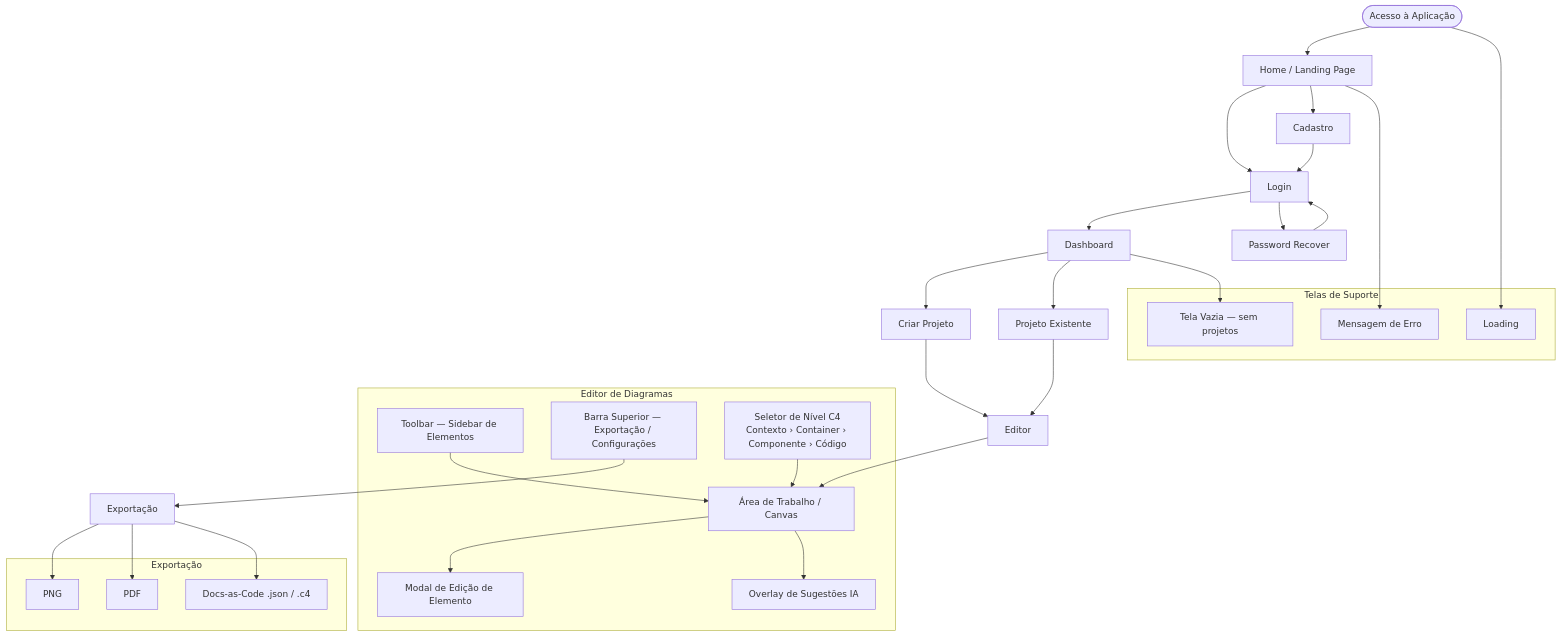
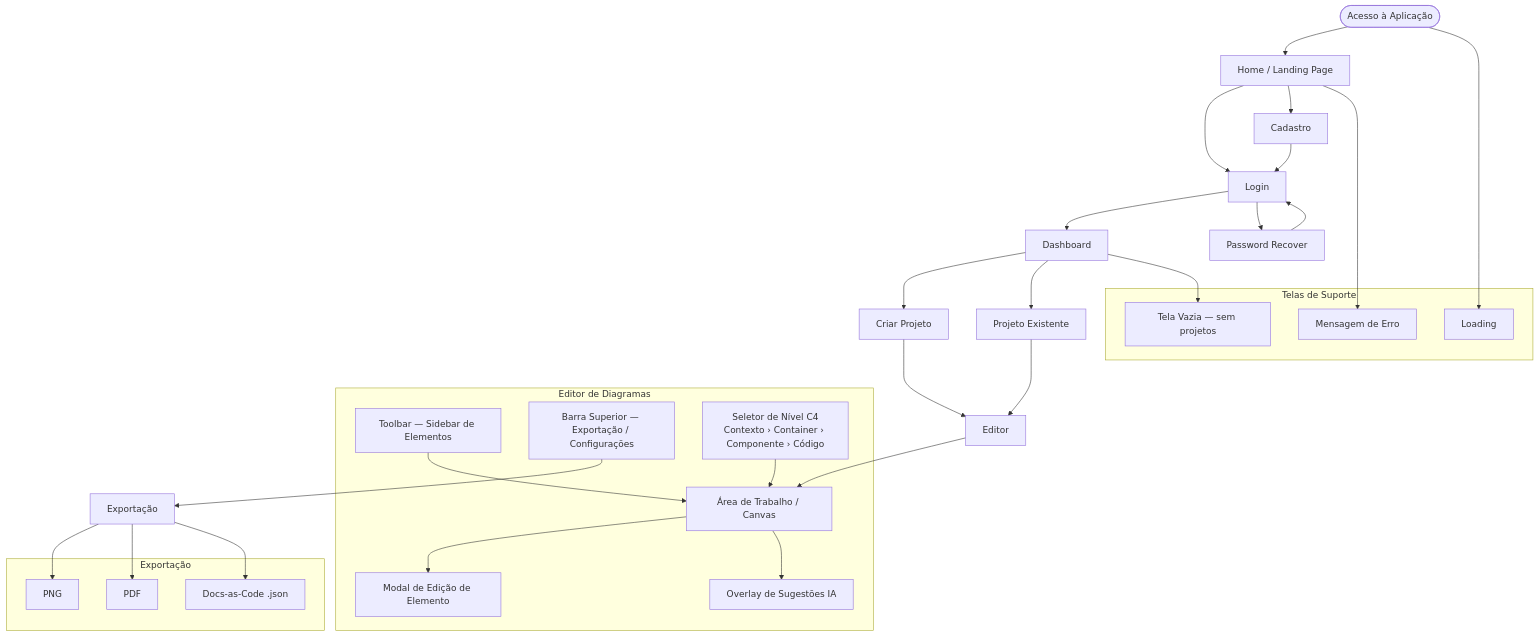
One commit to JGTamanini/C4Diagrams changed the diagram in RFC/capitulo-4/4.1-fluxo-de-navegacao.md. Above: the diagram before and after it, drawn with Mermaid. The commit also changed 5 other files, not shown here.

````diff
--- a/RFC/capitulo-4/4.1-fluxo-de-navegacao.md
+++ b/RFC/capitulo-4/4.1-fluxo-de-navegacao.md
@@ -13,55 +13,55 @@
 ```mermaid
 flowchart TD
     A([Acesso à Aplicação]) --> B[Home / Landing Page]
  
     B --> C[Login]
     B --> D[Cadastro]
     C --> E[Dashboard]
     D --> C
     C --> F[Password Recover]
     F --> C
  
     E --> G[Criar Projeto]
     E --> H[Projeto Existente]
  
     G --> I[Editor]
     H --> I
  
     subgraph Editor["Editor de Diagramas"]
         I1[Área de Trabalho / Canvas]
         I2[Toolbar — Sidebar de Elementos]
         I3[Barra Superior — Exportação / Configurações]
         I4[Seletor de Nível C4\nContexto › Container › Componente › Código]
         I5[Modal de Edição de Elemento]
         I6[Overlay de Sugestões IA]
  
         I1 --> I5
         I1 --> I6
         I4 --> I1
         I2 --> I1
     end
  
     I --> I1
  
     I3 --> J[Exportação]
  
     subgraph Exportação["Exportação"]
         J1[PNG]
         J2[PDF]
-        J3[Docs-as-Code .json / .c4]
+        J3[Docs-as-Code .json]
     end
  
     J --> J1
     J --> J2
     J --> J3
  
     subgraph Telas["Telas de Suporte"]
         K[Loading]
         L[Tela Vazia — sem projetos]
         M[Mensagem de Erro]
     end
  
     E --> L
     A --> K
     B --> M
 ```
````
